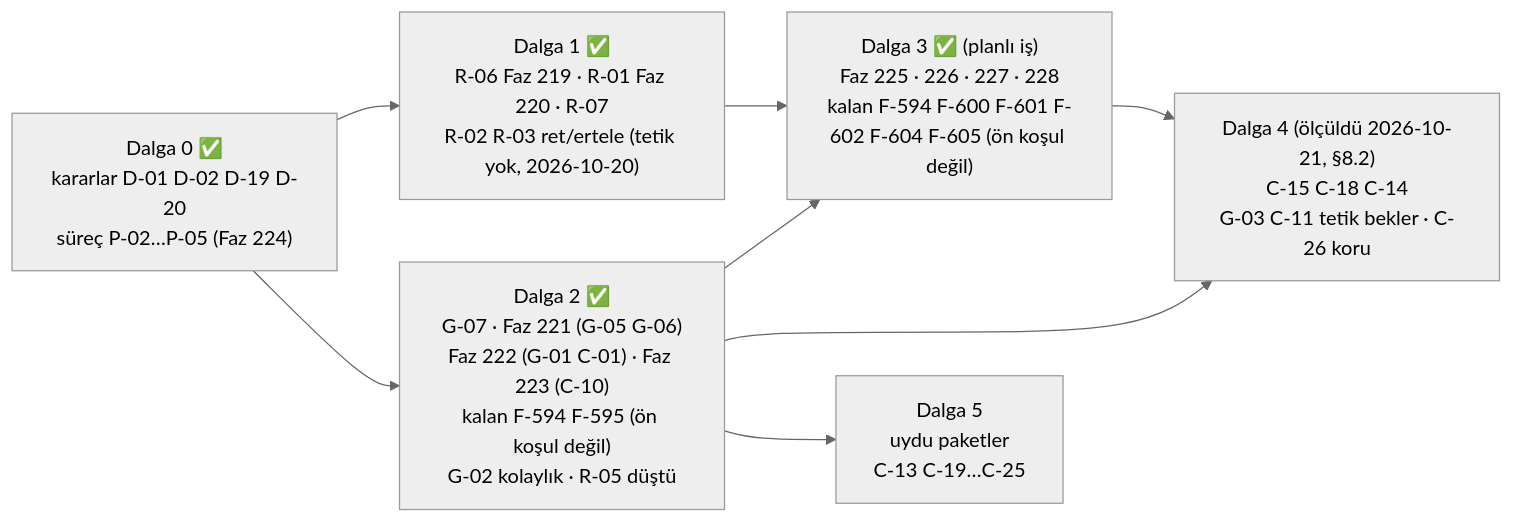
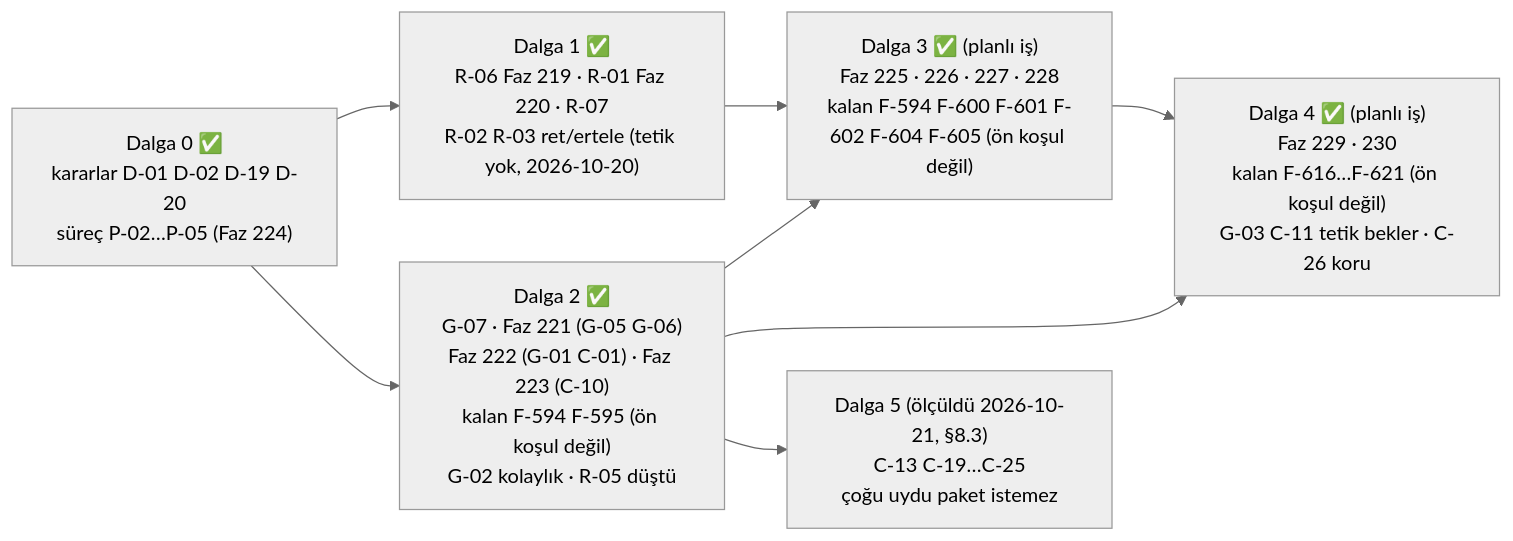
The diagram in docs/MAF-KAPSAMA.md (farukatasoy/Tracon), drawn with Mermaid (neutral theme) before and after one commit. The commit also changed other lines of this file and 4 other files, not shown here.

````diff
--- a/docs/MAF-KAPSAMA.md
+++ b/docs/MAF-KAPSAMA.md
@@ -640,16 +652,16 @@
 ```mermaid
 flowchart LR
     D0["Dalga 0 ✅<br/>kararlar D-01 D-02 D-19 D-20<br/>süreç P-02…P-05 (Faz 224)"]
     D1["Dalga 1 ✅<br/>R-06 Faz 219 · R-01 Faz 220 · R-07<br/>R-02 R-03 ret/ertele (tetik yok, 2026-10-20)"]
     D2["Dalga 2 ✅<br/>G-07 · Faz 221 (G-05 G-06)<br/>Faz 222 (G-01 C-01) · Faz 223 (C-10)<br/>kalan F-594 F-595 (ön koşul değil)<br/>G-02 kolaylık · R-05 düştü"]
     D3["Dalga 3 ✅ (planlı iş)<br/>Faz 225 · 226 · 227 · 228<br/>kalan F-594 F-600 F-601 F-602 F-604 F-605 (ön koşul değil)"]
-    D4["Dalga 4 (ölçüldü 2026-10-21, §8.2)<br/>C-15 C-18 C-14<br/>G-03 C-11 tetik bekler · C-26 koru"]
-    D5["Dalga 5<br/>uydu paketler<br/>C-13 C-19…C-25"]
+    D4["Dalga 4 ✅ (planlı iş)<br/>Faz 229 · 230<br/>kalan F-616…F-621 (ön koşul değil)<br/>G-03 C-11 tetik bekler · C-26 koru"]
+    D5["Dalga 5 (ölçüldü 2026-10-21, §8.3)<br/>C-13 C-19…C-25<br/>çoğu uydu paket istemez"]
     D0 --> D1
     D0 --> D2
     D1 --> D3
     D2 --> D3
     D2 --> D4
     D3 --> D4
     D2 --> D5
 ```
````
